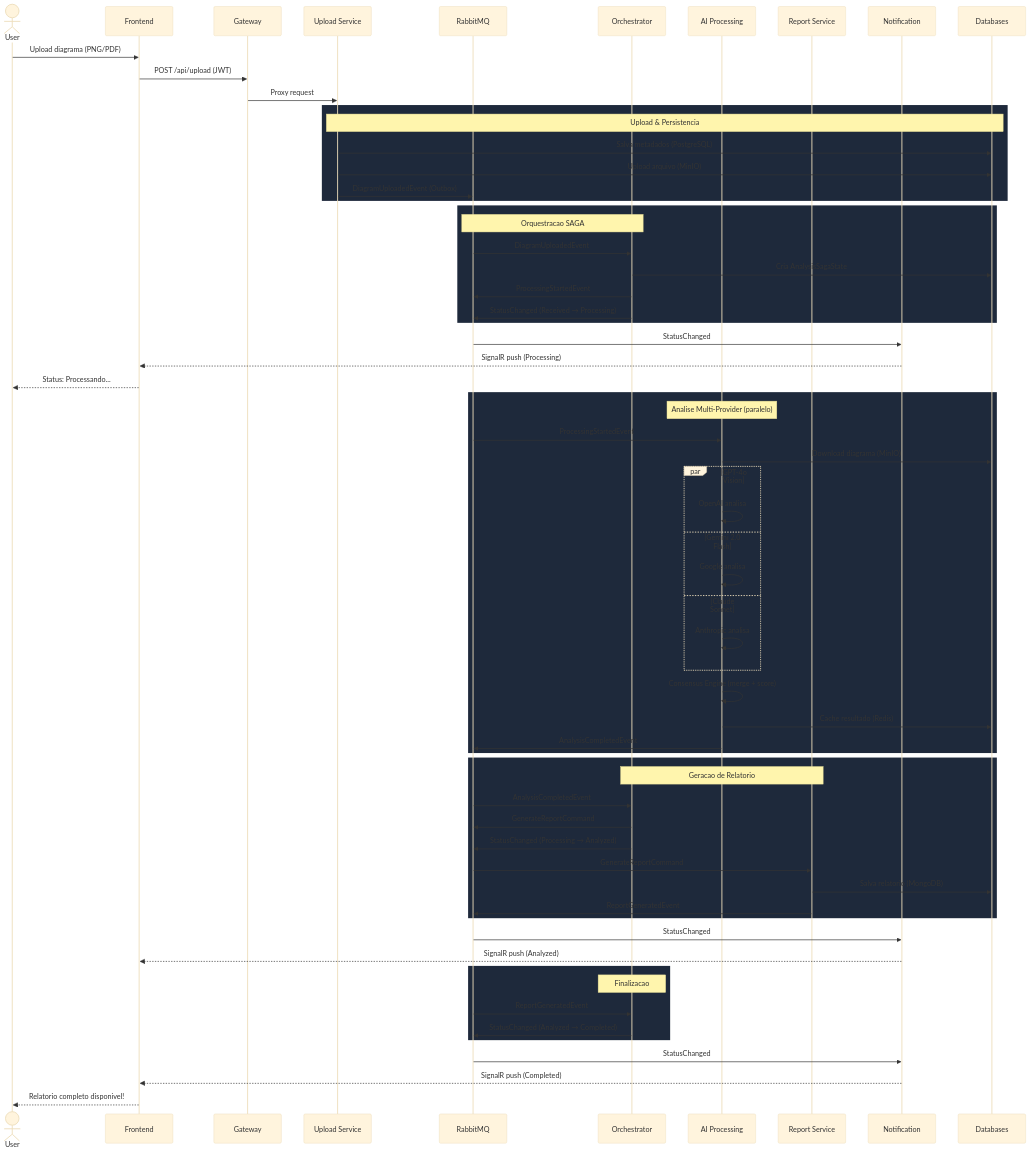
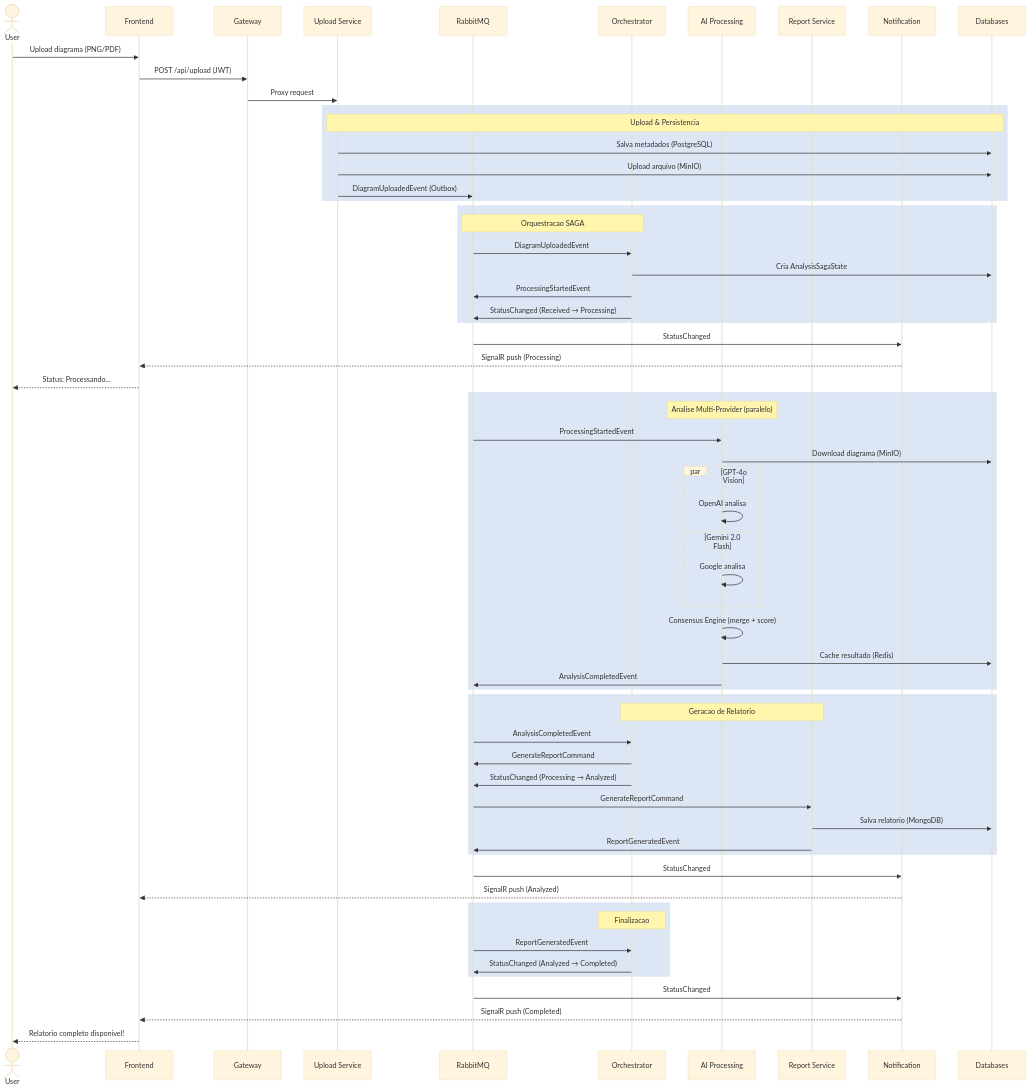
One commit to ArchLens-Fiap/archlens-docs changed the fourth of 8 diagrams in README.md. Above: the diagram before and after it, drawn with Mermaid (base theme). The commit also changed other lines of this file, not shown here.

First line of the commit message:
docs: fix README issues (badges, mermaid, dark backgrounds, author line)

````diff
--- a/README.md
+++ b/README.md
@@ -142,77 +145,75 @@
 ```mermaid
 sequenceDiagram
     actor User
     participant FE as Frontend
     participant GW as Gateway
     participant UP as Upload Service
     participant MQ as RabbitMQ
     participant OR as Orchestrator
     participant AI as AI Processing
     participant RP as Report Service
     participant NT as Notification
     participant DB as Databases
 
     User->>FE: Upload diagrama (PNG/PDF)
     FE->>GW: POST /api/upload (JWT)
     GW->>UP: Proxy request
 
-    rect rgb(30, 41, 59)
+    rect rgb(220, 230, 245)
         Note over UP,DB: Upload & Persistencia
         UP->>DB: Salva metadados (PostgreSQL)
         UP->>DB: Upload arquivo (MinIO)
         UP->>MQ: DiagramUploadedEvent (Outbox)
     end
 
-    rect rgb(30, 41, 59)
+    rect rgb(220, 230, 245)
         Note over MQ,OR: Orquestracao SAGA
         MQ->>OR: DiagramUploadedEvent
         OR->>DB: Cria AnalysisSagaState
         OR->>MQ: ProcessingStartedEvent
         OR->>MQ: StatusChanged (Received → Processing)
     end
 
     MQ->>NT: StatusChanged
     NT-->>FE: SignalR push (Processing)
     FE-->>User: Status: Processando...
 
-    rect rgb(30, 41, 59)
+    rect rgb(220, 230, 245)
         Note over AI: Analise Multi-Provider (paralelo)
         MQ->>AI: ProcessingStartedEvent
         AI->>DB: Download diagrama (MinIO)
 
         par GPT-4o Vision
             AI->>AI: OpenAI analisa
         and Gemini 2.0 Flash
             AI->>AI: Google analisa
-        and Claude Sonnet
-            AI->>AI: Anthropic analisa
         end
 
         AI->>AI: Consensus Engine (merge + score)
         AI->>DB: Cache resultado (Redis)
         AI->>MQ: AnalysisCompletedEvent
     end
 
-    rect rgb(30, 41, 59)
+    rect rgb(220, 230, 245)
         Note over OR,RP: Geracao de Relatorio
         MQ->>OR: AnalysisCompletedEvent
         OR->>MQ: GenerateReportCommand
         OR->>MQ: StatusChanged (Processing → Analyzed)
         MQ->>RP: GenerateReportCommand
         RP->>DB: Salva relatorio (MongoDB)
         RP->>MQ: ReportGeneratedEvent
     end
 
     MQ->>NT: StatusChanged
     NT-->>FE: SignalR push (Analyzed)
 
-    rect rgb(30, 41, 59)
+    rect rgb(220, 230, 245)
         Note over OR: Finalizacao
         MQ->>OR: ReportGeneratedEvent
         OR->>MQ: StatusChanged (Analyzed → Completed)
     end
 
     MQ->>NT: StatusChanged
     NT-->>FE: SignalR push (Completed)
     FE-->>User: Relatorio completo disponivel!
 ```
````
